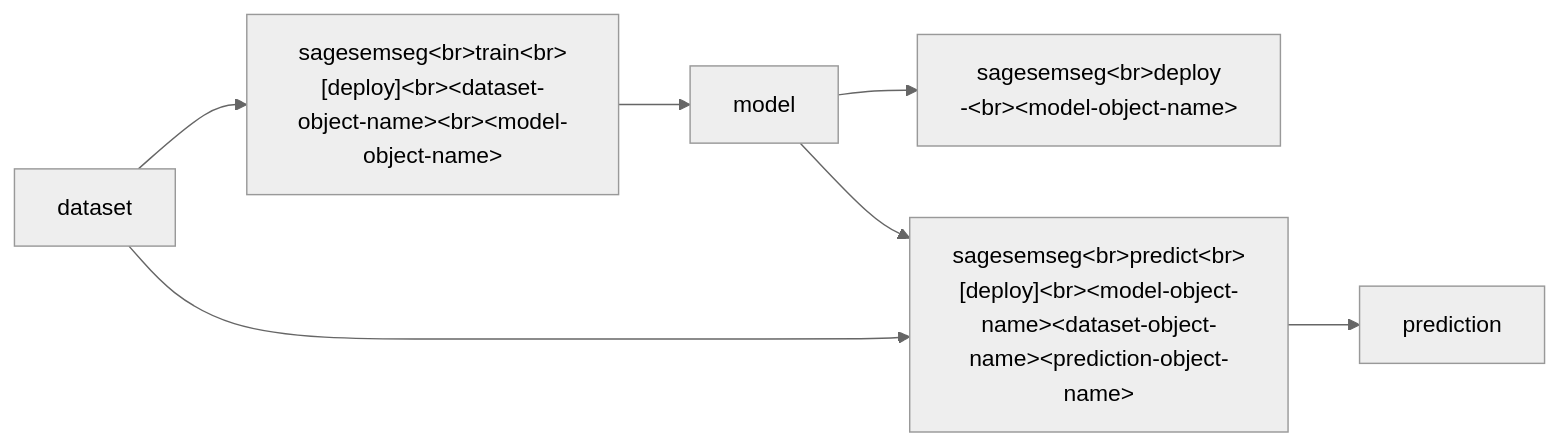
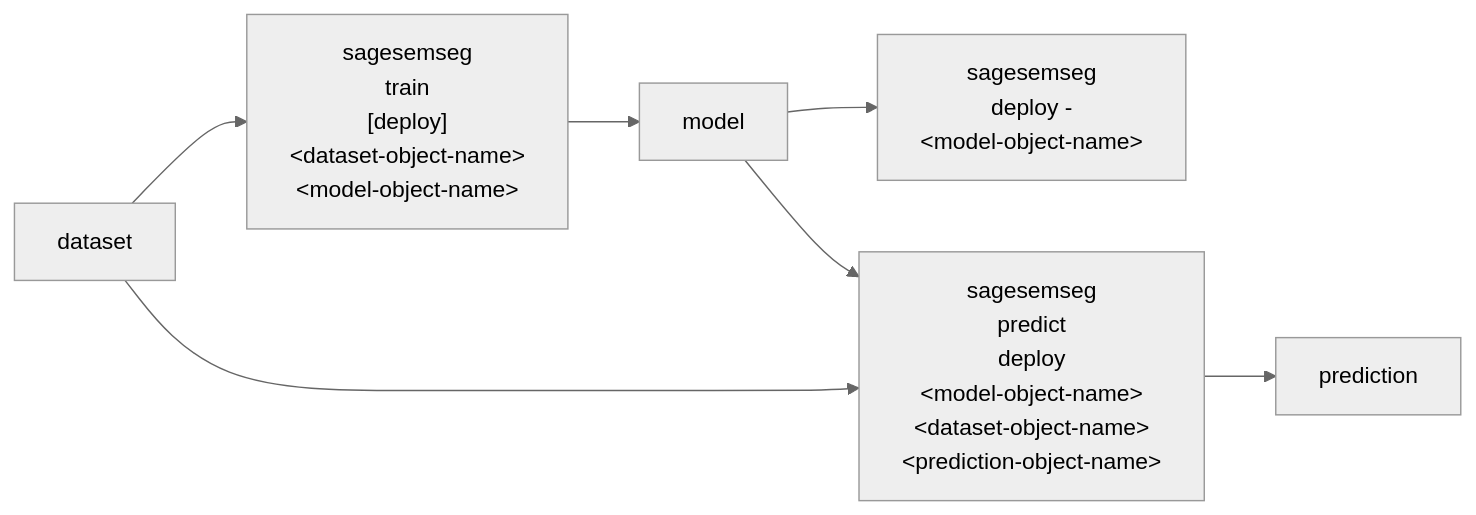
The diagram in blue_sandbox/sagesemseg/README.md (kamangir/blue-sandbox), drawn with Mermaid (neutral theme) before and after one commit. The commit also changed 5 other files, not shown here.

Commit message:
mermaid - kamangir/bolt#746

````diff
--- a/blue_sandbox/sagesemseg/README.md
+++ b/blue_sandbox/sagesemseg/README.md
@@ -5,19 +5,19 @@
 ```mermaid
 graph LR
-    train["sagesemseg&lt;br&gt;train&lt;br&gt;[deploy]&lt;br&gt;&lt;dataset-object-name&gt;&lt;br&gt;&lt;model-object-name&gt;"]
-    deploy["sagesemseg&lt;br&gt;deploy<br>-&lt;br&gt;&lt;model-object-name&gt;"]
-    predict["sagesemseg&lt;br&gt;predict&lt;br&gt;[deploy]&lt;br&gt;&lt;model-object-name&gt;&lt;dataset-object-name&gt;&lt;prediction-object-name&gt;"]
+    train["sagesemseg<br>train<br>[deploy]<br>&lt;dataset-object-name&gt;<br>&lt;model-object-name&gt;"]
+    deploy["sagesemseg<br>deploy -<br>&lt;model-object-name&gt;"]
+    predict["sagesemseg<br>predict<br>deploy<br>&lt;model-object-name&gt;<br>&lt;dataset-object-name&gt;<br>&lt;prediction-object-name&gt;"]
 
     dataset["dataset"]:::folder
     model["model"]:::folder
     prediction["prediction"]:::folder
 
     dataset --> train
     train --> model
 
     model --> deploy
 
     model --> predict
     dataset --> predict
     predict --> prediction
 ```
````
